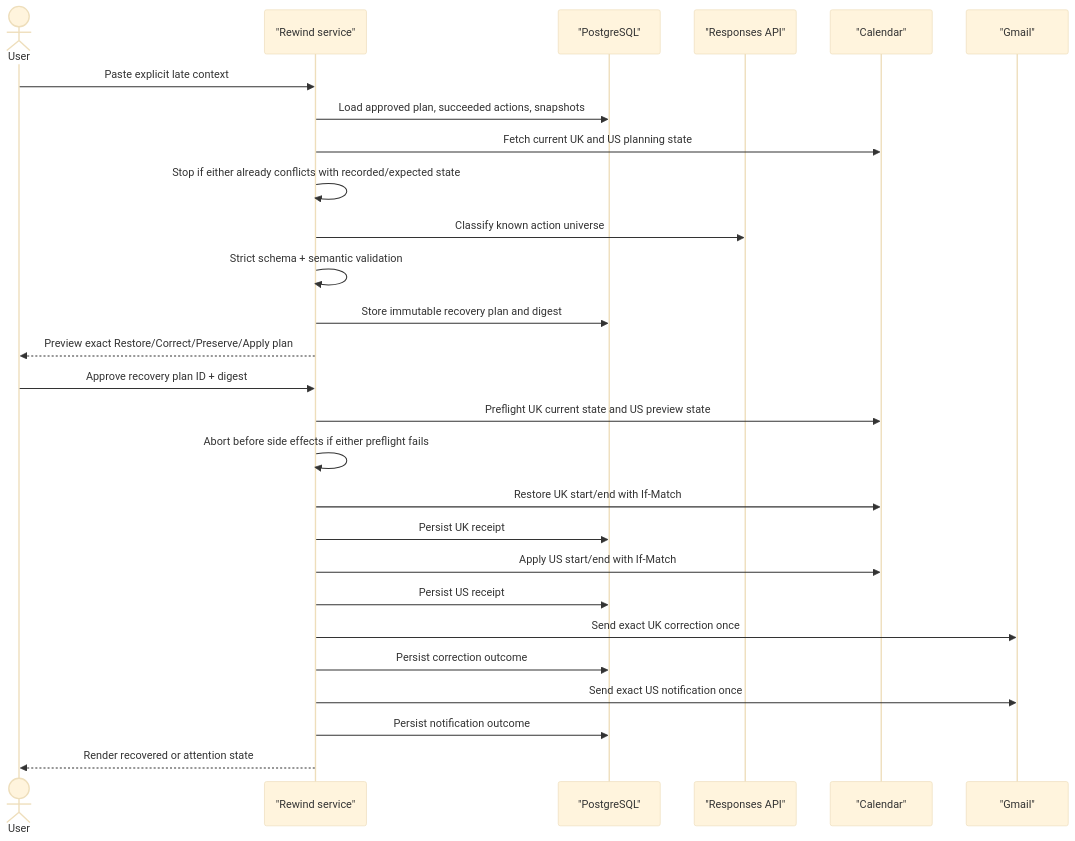
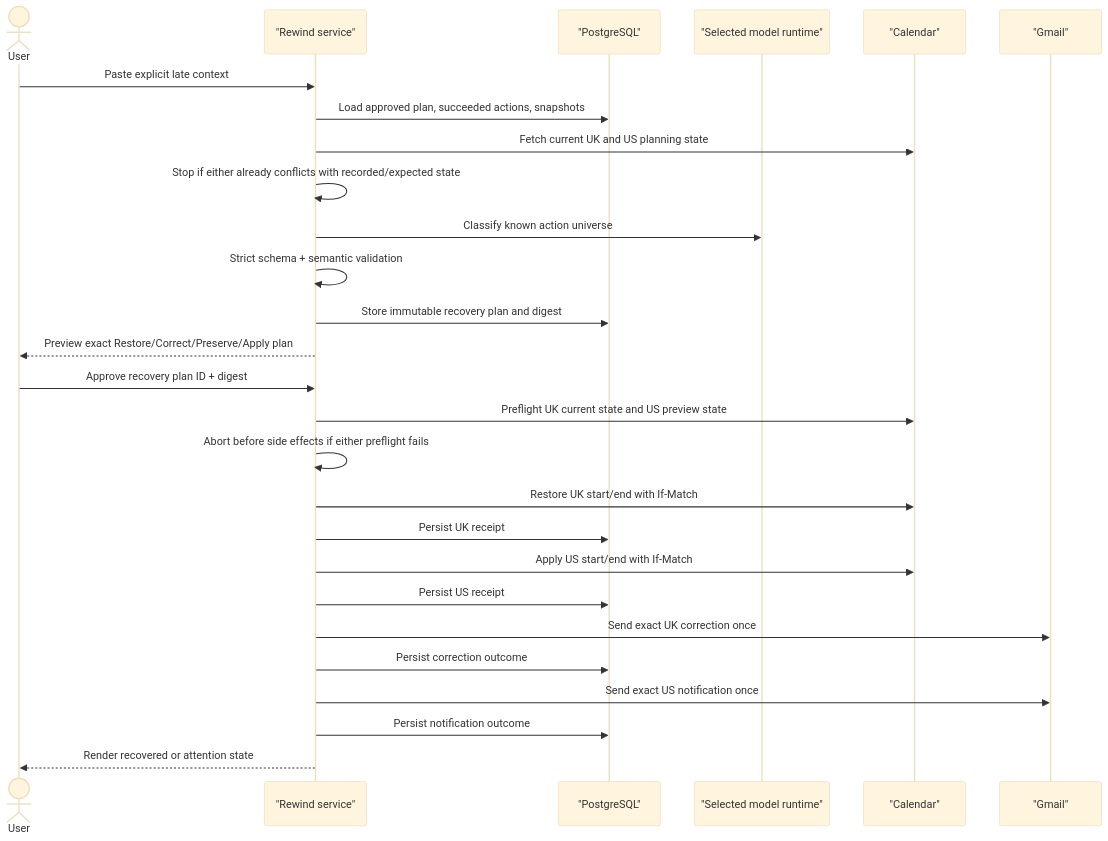
One commit to AJCoder01/Rewind changed the third of 4 diagrams in docs/ARCHITECTURE.md. Above: the diagram before and after it, drawn with Mermaid (base theme). The commit also changed other lines of this file and 27 other files, not shown here.

Commit message:
feat(s043): add zero-cost local model runtime

````diff
--- a/docs/ARCHITECTURE.md
+++ b/docs/ARCHITECTURE.md
@@ -168,30 +168,30 @@
 ```mermaid
 sequenceDiagram
     actor User
     participant App as "Rewind service"
     participant DB as "PostgreSQL"
-    participant AI as "Responses API"
+    participant AI as "Selected model runtime"
     participant Cal as "Calendar"
     participant Mail as "Gmail"
 
     User->>App: Paste explicit late context
     App->>DB: Load approved plan, succeeded actions, snapshots
     App->>Cal: Fetch current UK and US planning state
     App->>App: Stop if either already conflicts with recorded/expected state
     App->>AI: Classify known action universe
     App->>App: Strict schema + semantic validation
     App->>DB: Store immutable recovery plan and digest
     App-->>User: Preview exact Restore/Correct/Preserve/Apply plan
     User->>App: Approve recovery plan ID + digest
     App->>Cal: Preflight UK current state and US preview state
     App->>App: Abort before side effects if either preflight fails
     App->>Cal: Restore UK start/end with If-Match
     App->>DB: Persist UK receipt
     App->>Cal: Apply US start/end with If-Match
     App->>DB: Persist US receipt
     App->>Mail: Send exact UK correction once
     App->>DB: Persist correction outcome
     App->>Mail: Send exact US notification once
     App->>DB: Persist notification outcome
     App-->>User: Render recovered or attention state
 ```
````
